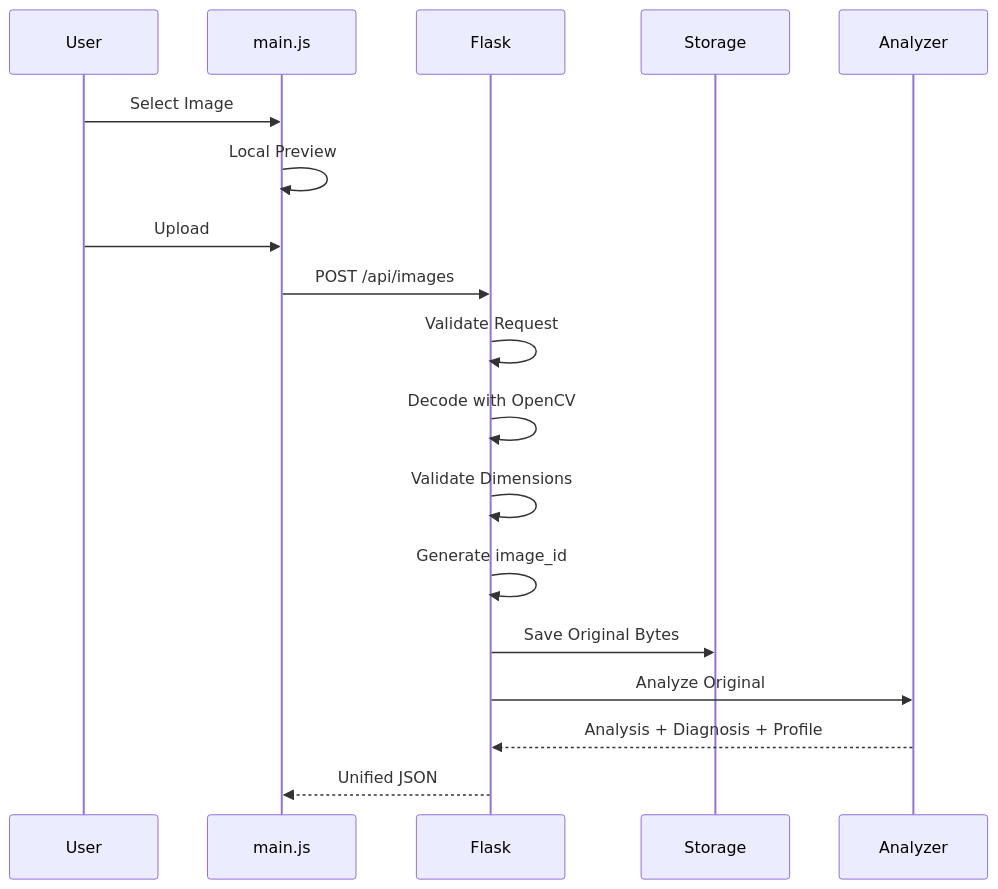
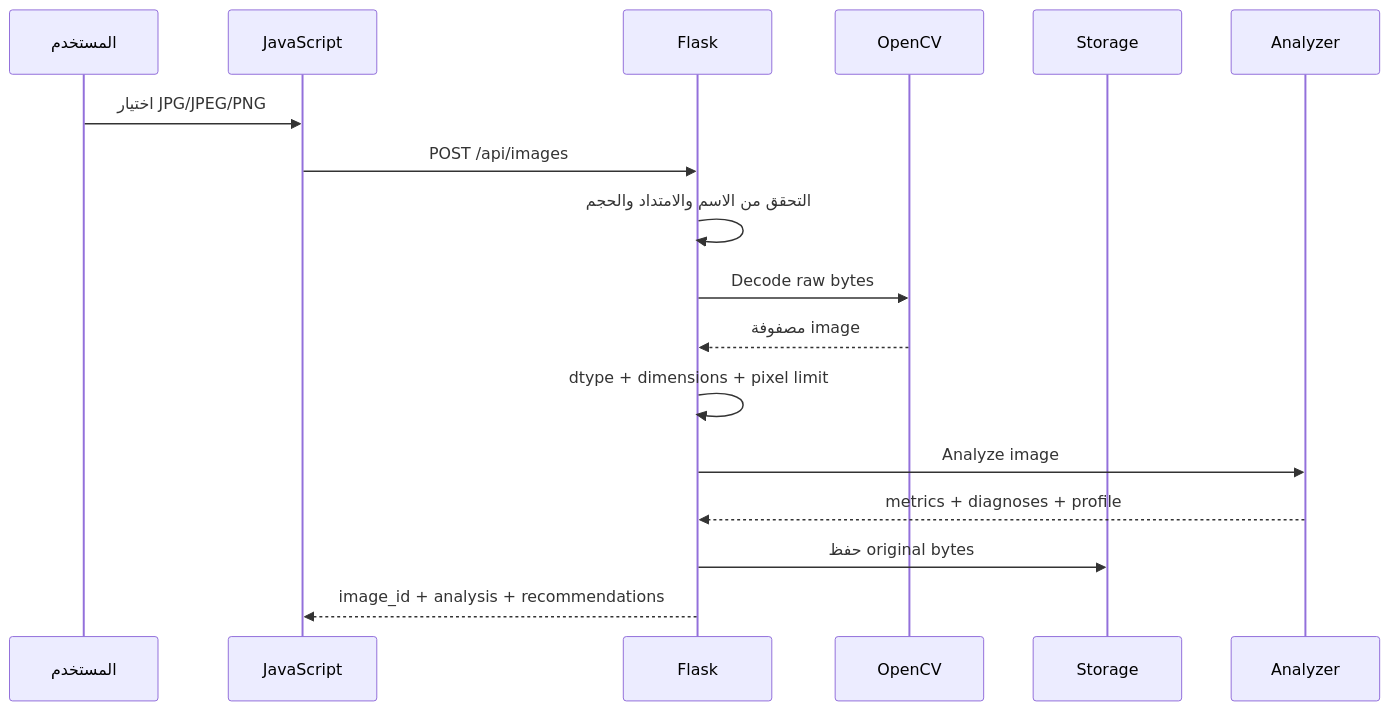
The third of 9 diagrams in docs/architecture.md (Alhareith/manuscript-doctor), drawn with Mermaid before and after one commit. The commit also changed other lines of this file and 168 other files, not shown here.

````diff
--- a/docs/architecture.md
+++ b/docs/architecture.md
@@ -542,21 +132,20 @@
 ```mermaid
 sequenceDiagram
-    participant U as User
-    participant JS as main.js
+    participant U as المستخدم
+    participant UI as JavaScript
     participant F as Flask
+    participant CV as OpenCV
     participant S as Storage
     participant A as Analyzer
 
-    U->>JS: Select Image
-    JS->>JS: Local Preview
-    U->>JS: Upload
-    JS->>F: POST /api/images
-    F->>F: Validate Request
-    F->>F: Decode with OpenCV
-    F->>F: Validate Dimensions
-    F->>F: Generate image_id
-    F->>S: Save Original Bytes
-    F->>A: Analyze Original
-    A-->>F: Analysis + Diagnosis + Profile
-    F-->>JS: Unified JSON
+    U->>UI: اختيار JPG/JPEG/PNG
+    UI->>F: POST /api/images
+    F->>F: التحقق من الاسم والامتداد والحجم
+    F->>CV: Decode raw bytes
+    CV-->>F: مصفوفة image
+    F->>F: dtype + dimensions + pixel limit
+    F->>A: Analyze image
+    A-->>F: metrics + diagnoses + profile
+    F->>S: حفظ original bytes
+    F-->>UI: image_id + analysis + recommendations
 ```
````
